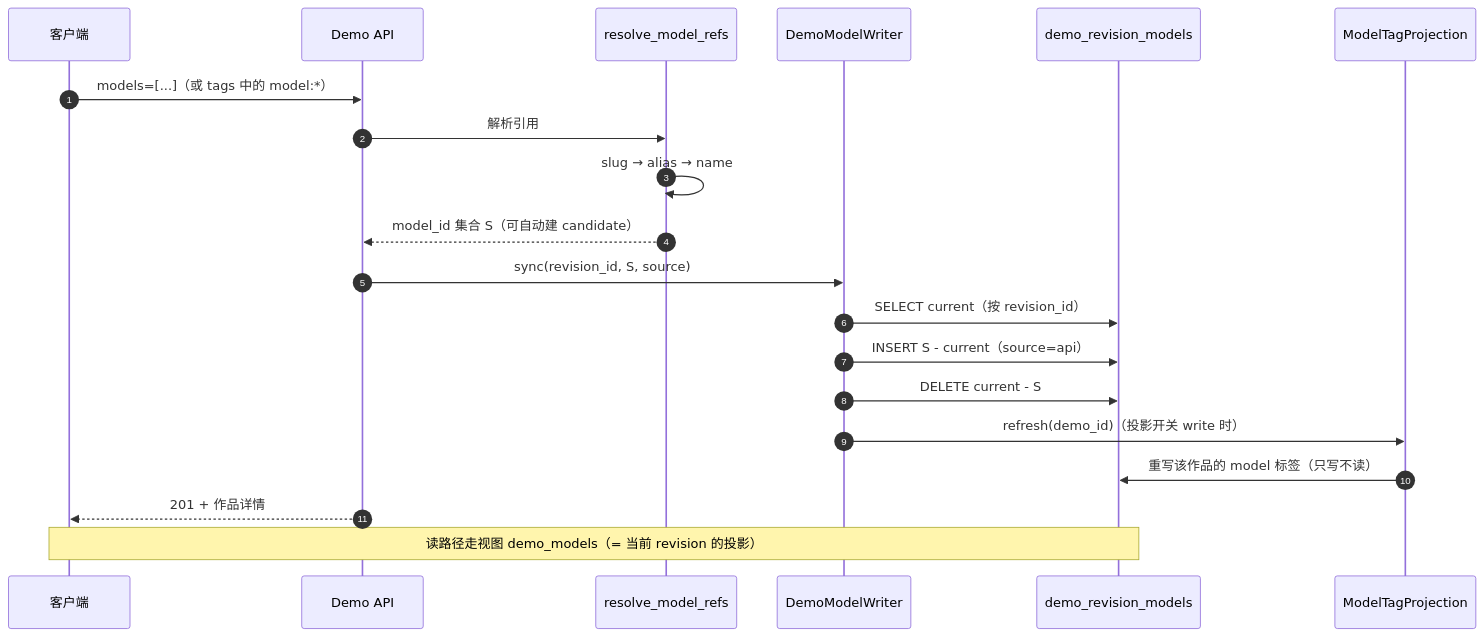
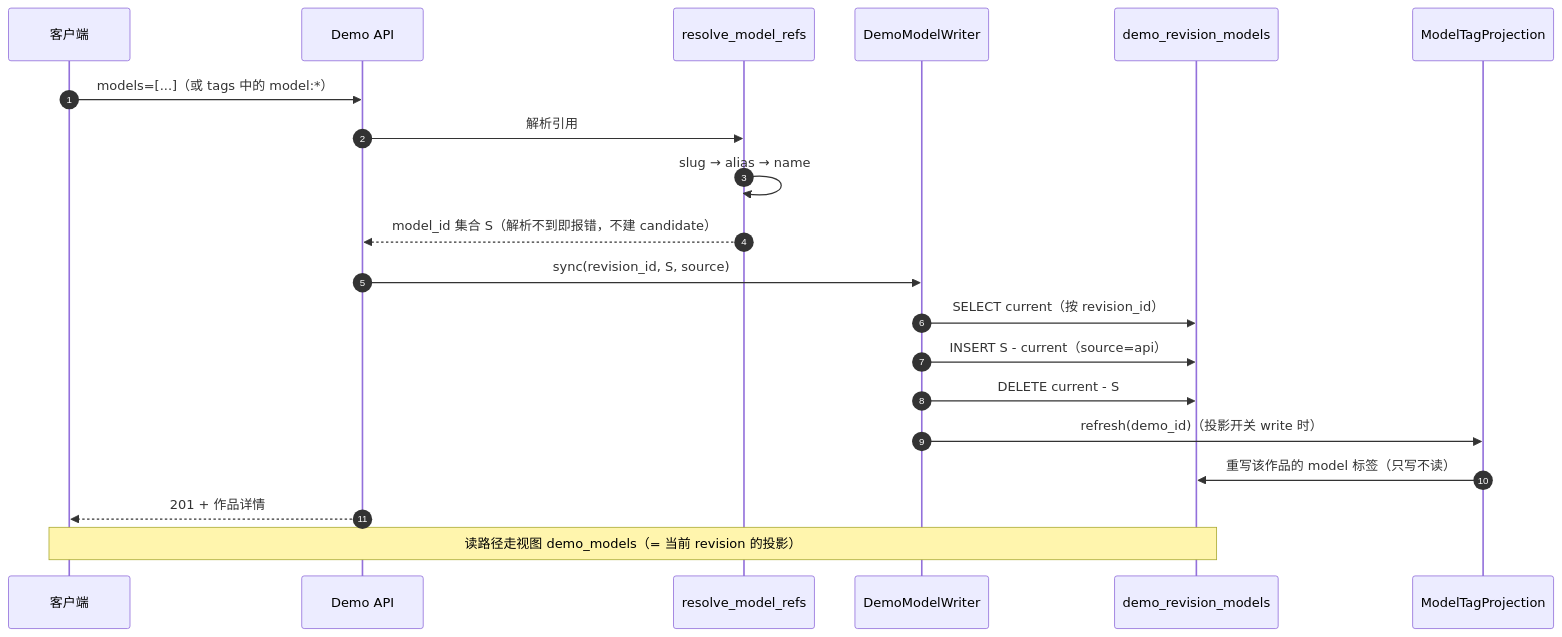
The tenth of 14 diagrams in docs/模型域设计.md (deepdemos/ds-demos-showcase), drawn with Mermaid before and after one commit. The commit also changed other lines of this file and 21 other files, not shown here.

````diff
--- a/docs/模型域设计.md
+++ b/docs/模型域设计.md
@@ -1353,23 +1355,23 @@
 ```mermaid
 sequenceDiagram
     autonumber
     participant C as 客户端
     participant API as Demo API
     participant R as resolve_model_refs
     participant W as DemoModelWriter
     participant DB as demo_revision_models
     participant P as ModelTagProjection
 
     C->>API: models=[...]（或 tags 中的 model:*）
     API->>R: 解析引用
     R->>R: slug → alias → name
-    R-->>API: model_id 集合 S（可自动建 candidate）
+    R-->>API: model_id 集合 S（解析不到即报错，不建 candidate）
     API->>W: sync(revision_id, S, source)
     W->>DB: SELECT current（按 revision_id）
     W->>DB: INSERT S - current（source=api）
     W->>DB: DELETE current - S
     W->>P: refresh(demo_id)（投影开关 write 时）
     P->>DB: 重写该作品的 model 标签（只写不读）
     API-->>C: 201 + 作品详情
     Note over C,DB: 读路径走视图 demo_models（= 当前 revision 的投影）
 ```
````
